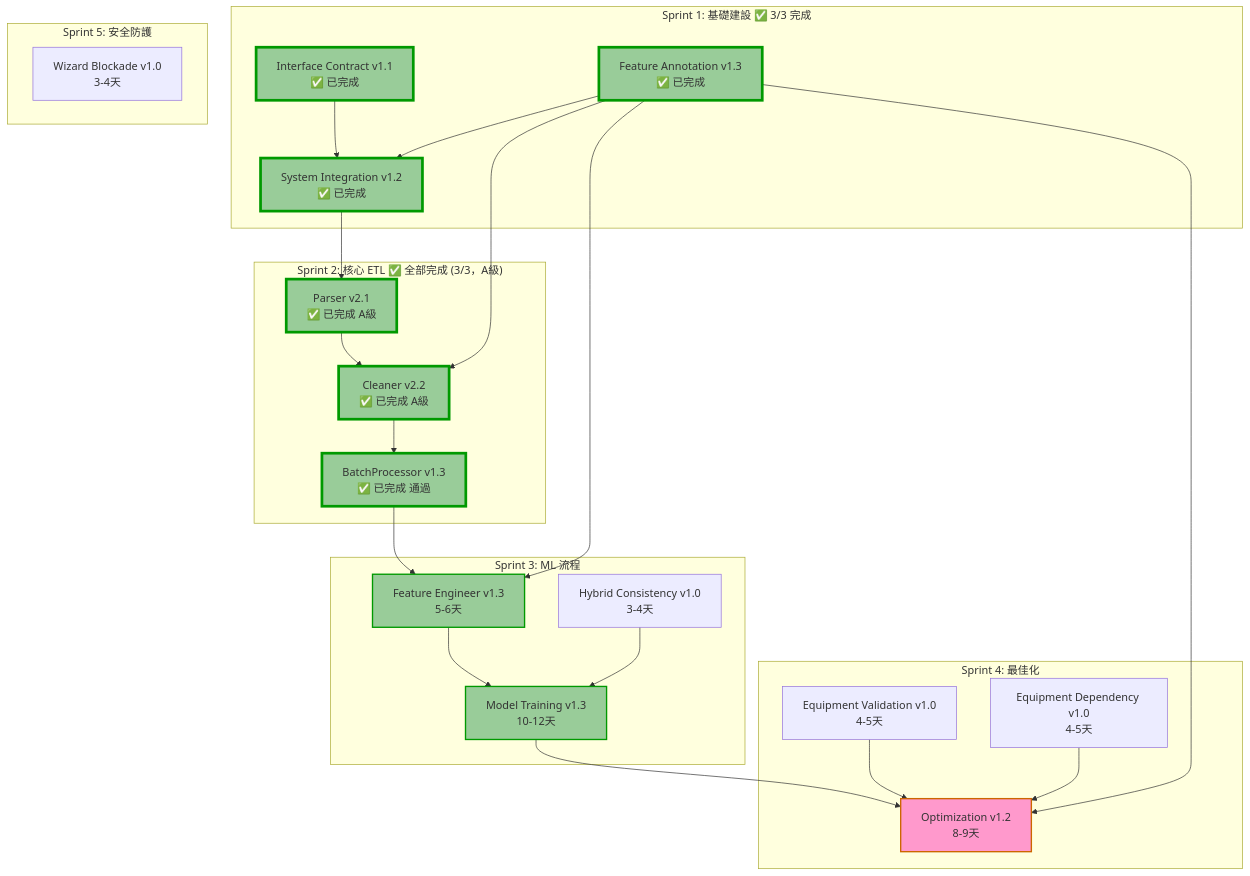
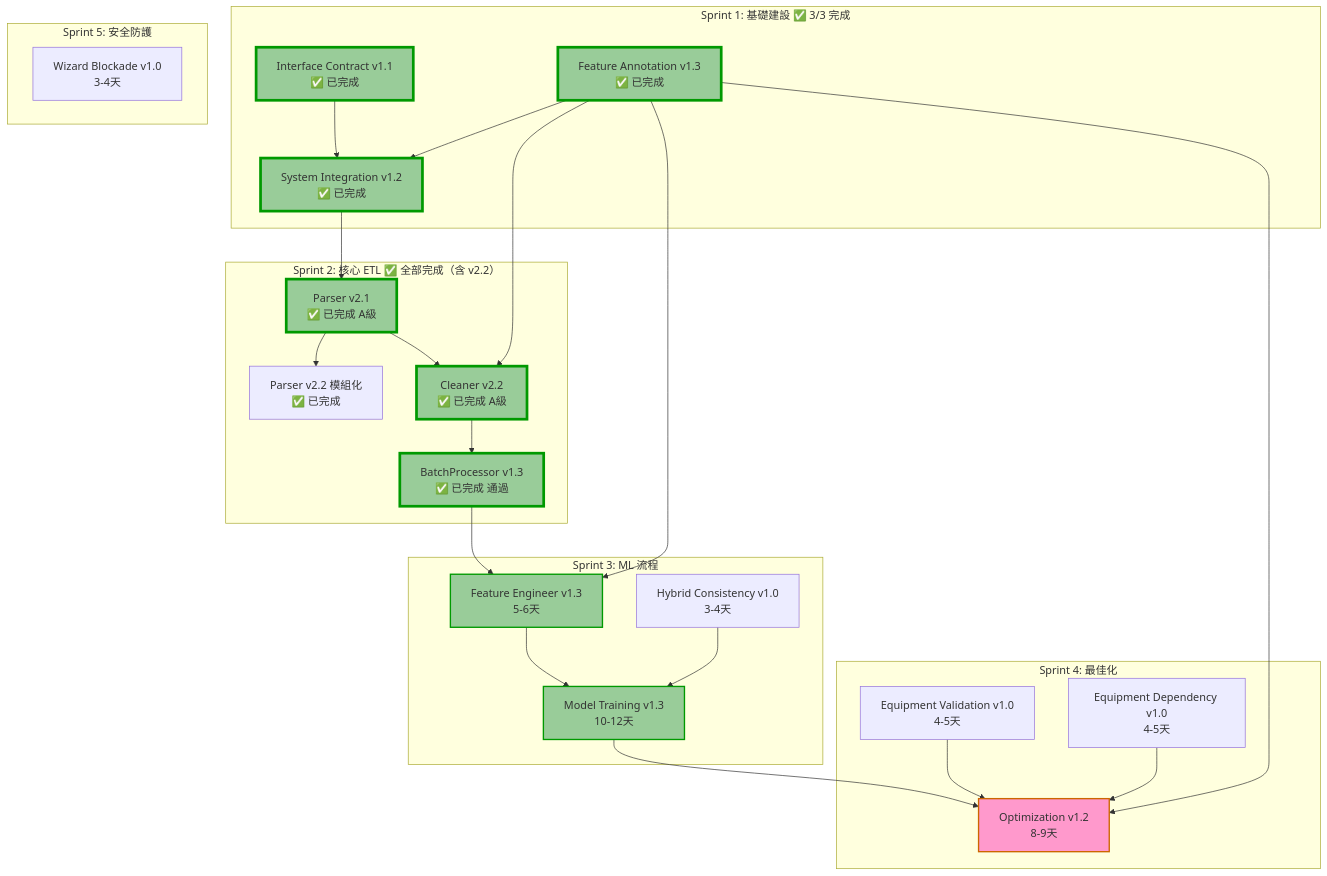
One commit to oscar120601/HVAC_Analytics changed the diagram in docs/專案任務排程/專案任務排程文件.md. Above: the diagram before and after it, drawn with Mermaid. The commit also changed other lines of this file and 25 other files, not shown here.

````diff
--- a/docs/專案任務排程/專案任務排程文件.md
+++ b/docs/專案任務排程/專案任務排程文件.md
@@ -37,42 +37,43 @@
 ```mermaid
 graph TD
     subgraph "Sprint 1: 基礎建設 ✅ 3/3 完成"
         IC[Interface Contract v1.1<br/>✅ 已完成] --> SI[System Integration v1.2<br/>✅ 已完成]
         FA[Feature Annotation v1.3<br/>✅ 已完成] --> SI
     end
     
-    subgraph "Sprint 2: 核心 ETL ✅ 全部完成 (3/3，A級)"
+    subgraph "Sprint 2: 核心 ETL ✅ 全部完成（含 v2.2）"
         SI --> Parser[Parser v2.1<br/>✅ 已完成 A級]
+        Parser --> Parser22[Parser v2.2 模組化<br/>✅ 已完成]
         FA --> Cleaner[Cleaner v2.2<br/>✅ 已完成 A級]
         Parser --> Cleaner
         Cleaner --> BP[BatchProcessor v1.3<br/>✅ 已完成 通過]
     end
     
     subgraph "Sprint 3: ML 流程"
         BP --> FE[Feature Engineer v1.3<br/>5-6天]
         FA --> FE
         FE --> MT[Model Training v1.3<br/>10-12天]
         HC[Hybrid Consistency v1.0<br/>3-4天] --> MT
     end
     
     subgraph "Sprint 4: 最佳化"
         MT --> OPT[Optimization v1.2<br/>8-9天]
         FA --> OPT
         EV[Equipment Validation v1.0<br/>4-5天] --> OPT
         ED[Equipment Dependency v1.0<br/>4-5天] --> OPT
     end
     
     subgraph "Sprint 5: 安全防護"
         WTB[Wizard Blockade v1.0<br/>3-4天]
     end
     
     style IC fill:#9c9,stroke:#090,stroke-width:4px
     style SI fill:#9c9,stroke:#090,stroke-width:4px
     style FA fill:#9c9,stroke:#090,stroke-width:4px
     style Parser fill:#9c9,stroke:#090,stroke-width:4px
     style Cleaner fill:#9c9,stroke:#090,stroke-width:4px
     style BP fill:#9c9,stroke:#090,stroke-width:4px
     style FE fill:#9c9,stroke:#090,stroke-width:2px
     style MT fill:#9c9,stroke:#090,stroke-width:2px
     style OPT fill:#f9c,stroke:#c60,stroke-width:2px
 ```
````
